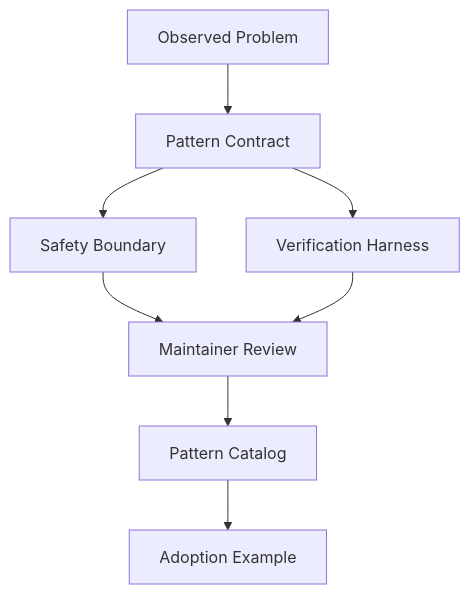
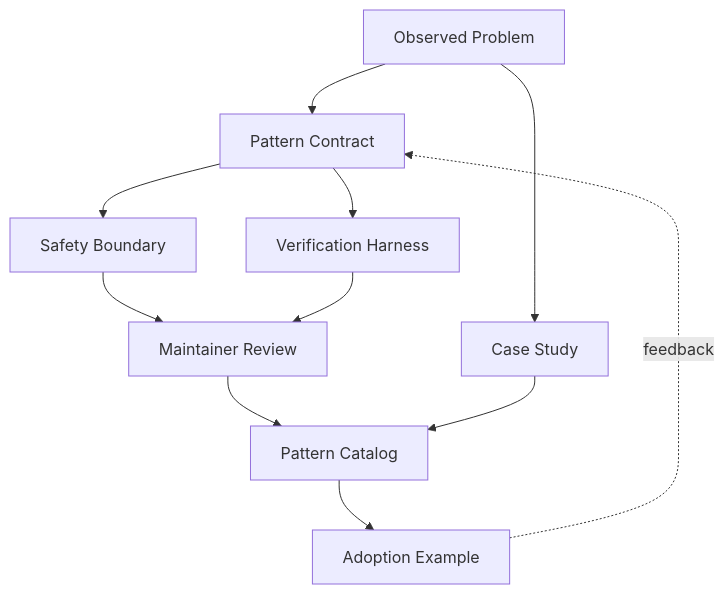
Before and after one commit to muchengit/agent-top: the diagram in docs/en/cases/pattern-contribution.md, drawn with Mermaid. The commit also changed other lines of this file and 24 other files, not shown here.

````diff
--- a/docs/en/cases/pattern-contribution.md
+++ b/docs/en/cases/pattern-contribution.md
@@ -16,10 +20,13 @@
 ```mermaid
 flowchart TD
   Problem[Observed Problem] --> Contract[Pattern Contract]
   Contract --> Safety[Safety Boundary]
   Contract --> Eval[Verification Harness]
   Safety --> Review[Maintainer Review]
   Eval --> Review
   Review --> Catalog[Pattern Catalog]
   Catalog --> Adoption[Adoption Example]
+  Problem --> Case[Case Study]
+  Case --> Catalog
+  Adoption -. feedback .-> Contract
 ```
````
